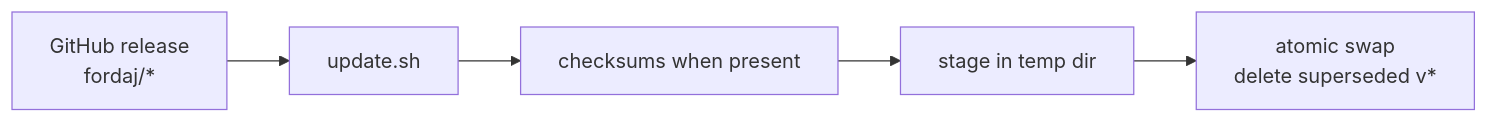
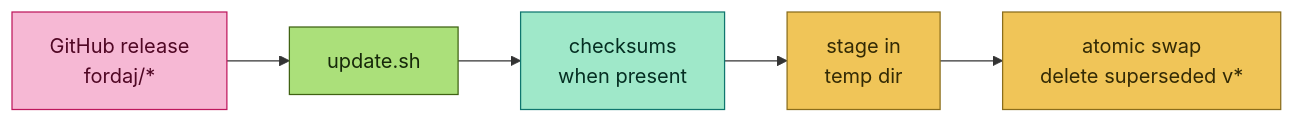
Before and after one commit to fordaj/barnacle: the diagram in tools/README.md, drawn with Mermaid. The commit also changed 23 other files, not shown here.

````diff
--- a/tools/README.md
+++ b/tools/README.md
@@ -3,7 +3,15 @@
 ```mermaid
 flowchart LR
-    Gh[GitHub release<br/>fordaj/*] --> Update[update.sh]
-    Update --> Verify[checksums when present]
-    Verify --> Stage[stage in temp dir]
-    Stage --> Swap[atomic swap<br/>delete superseded v*]
+    Gh["GitHub release<br/>fordaj/*"] --> Update["update.sh"]
+    Update --> Verify["checksums<br/>when present"]
+    Verify --> Stage["stage in<br/>temp dir"]
+    Stage --> Swap["atomic swap<br/>delete superseded v*"]
+    class Gh tagNode
+    class Update shFile
+    class Verify checkNode
+    class Stage,Swap folder
+    classDef tagNode fill:#f6b8d4,stroke:#be185d,color:#500724
+    classDef shFile fill:#abe07a,stroke:#3f6212,color:#16280a
+    classDef checkNode fill:#9fe8c9,stroke:#0f766e,color:#052e22
+    classDef folder fill:#f0c558,stroke:#8a6d1c,color:#332a05
 ```
````
